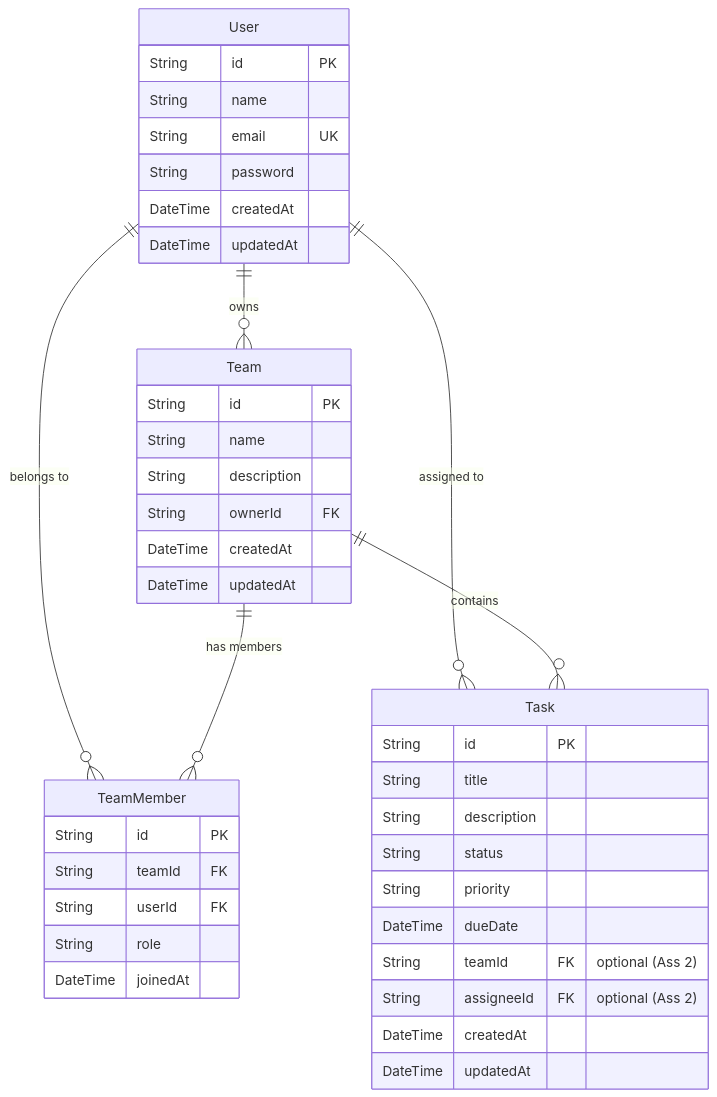
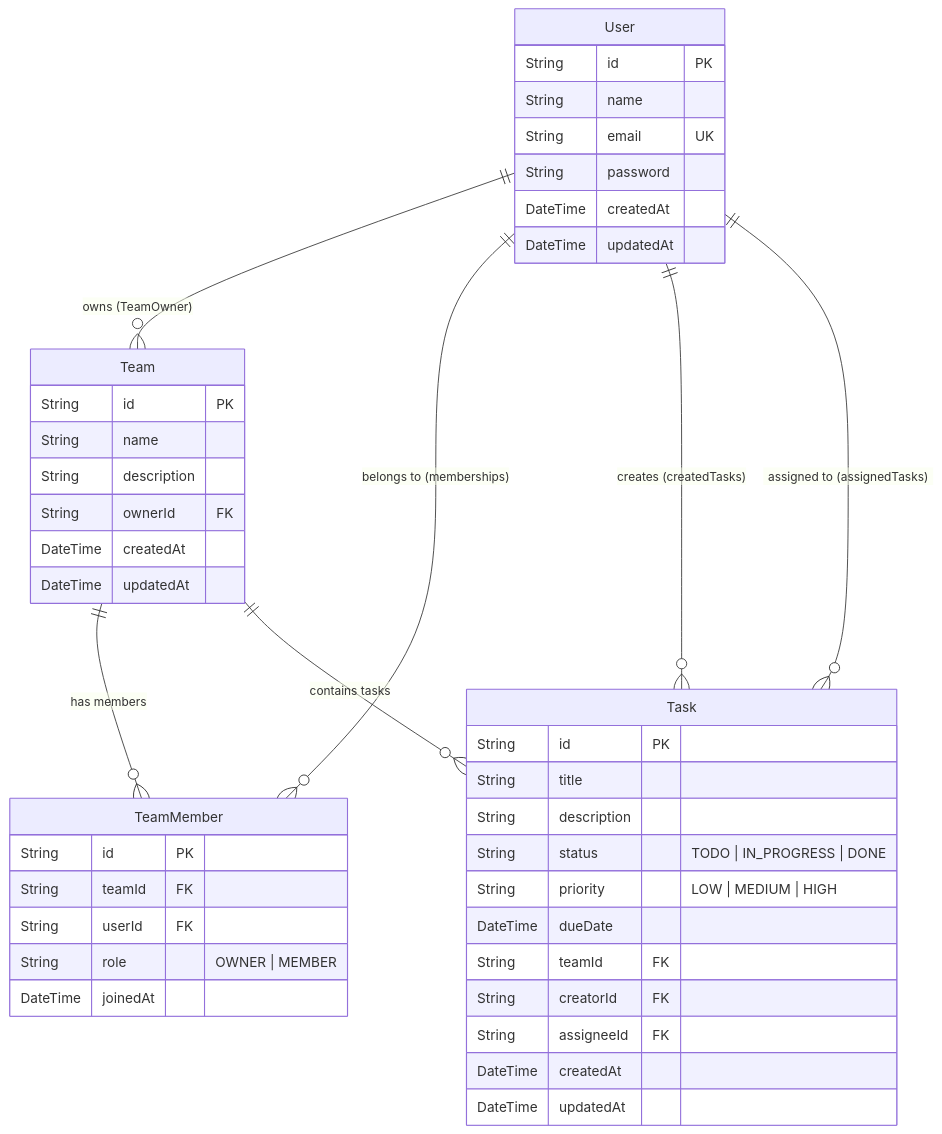
Before and after one commit to thai-baokin/assignment-thaibao: the diagram in README.md, drawn with Mermaid. The commit also changed other lines of this file and 2 other files, not shown here.

````diff
--- a/README.md
+++ b/README.md
@@ -27,48 +41,50 @@
 ```mermaid
 erDiagram
-    User ||--o{ Team : "owns"
-    User ||--o{ TeamMember : "belongs to"
-    User ||--o{ Task : "assigned to"
+    User ||--o{ Team : "owns (TeamOwner)"
+    User ||--o{ TeamMember : "belongs to (memberships)"
+    User ||--o{ Task : "creates (createdTasks)"
+    User ||--o{ Task : "assigned to (assignedTasks)"
     
     Team ||--o{ TeamMember : "has members"
-    Team ||--o{ Task : "contains"
+    Team ||--o{ Task : "contains tasks"
 
     User {
         String id PK
         String name
         String email UK
         String password
         DateTime createdAt
         DateTime updatedAt
     }
 
     Team {
         String id PK
         String name
         String description
         String ownerId FK
         DateTime createdAt
         DateTime updatedAt
     }
 
     TeamMember {
         String id PK
         String teamId FK
         String userId FK
-        String role
+        String role "OWNER | MEMBER"
         DateTime joinedAt
     }
 
     Task {
         String id PK
         String title
         String description
-        String status
-        String priority
+        String status "TODO | IN_PROGRESS | DONE"
+        String priority "LOW | MEDIUM | HIGH"
         DateTime dueDate
-        String teamId FK "optional (Ass 2)"
-        String assigneeId FK "optional (Ass 2)"
+        String teamId FK
+        String creatorId FK
+        String assigneeId FK
         DateTime createdAt
         DateTime updatedAt
     }
 ```
````
